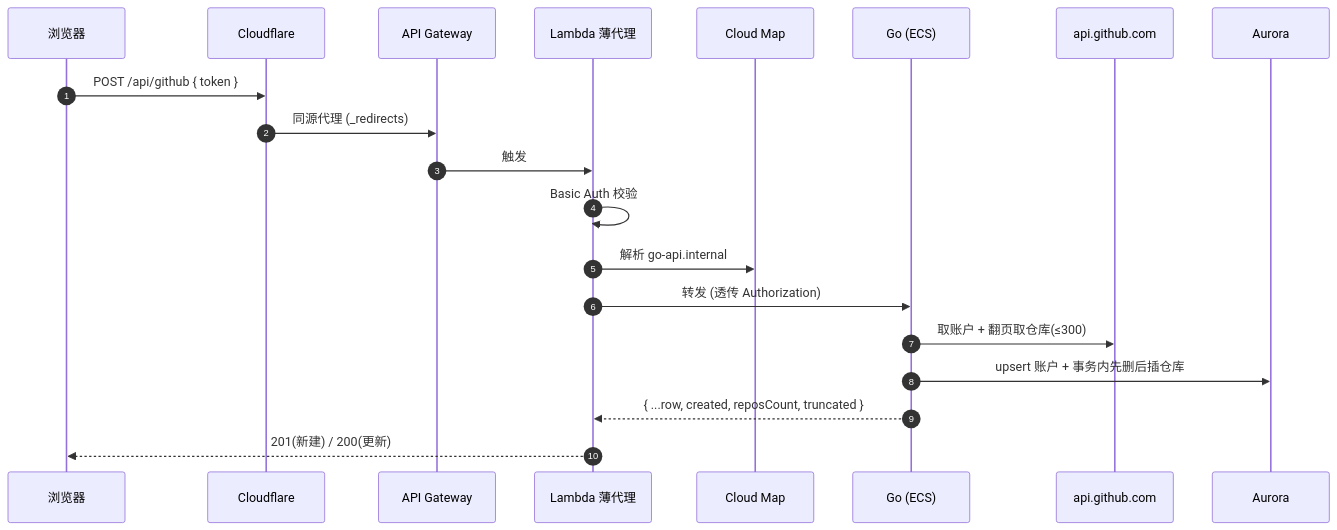
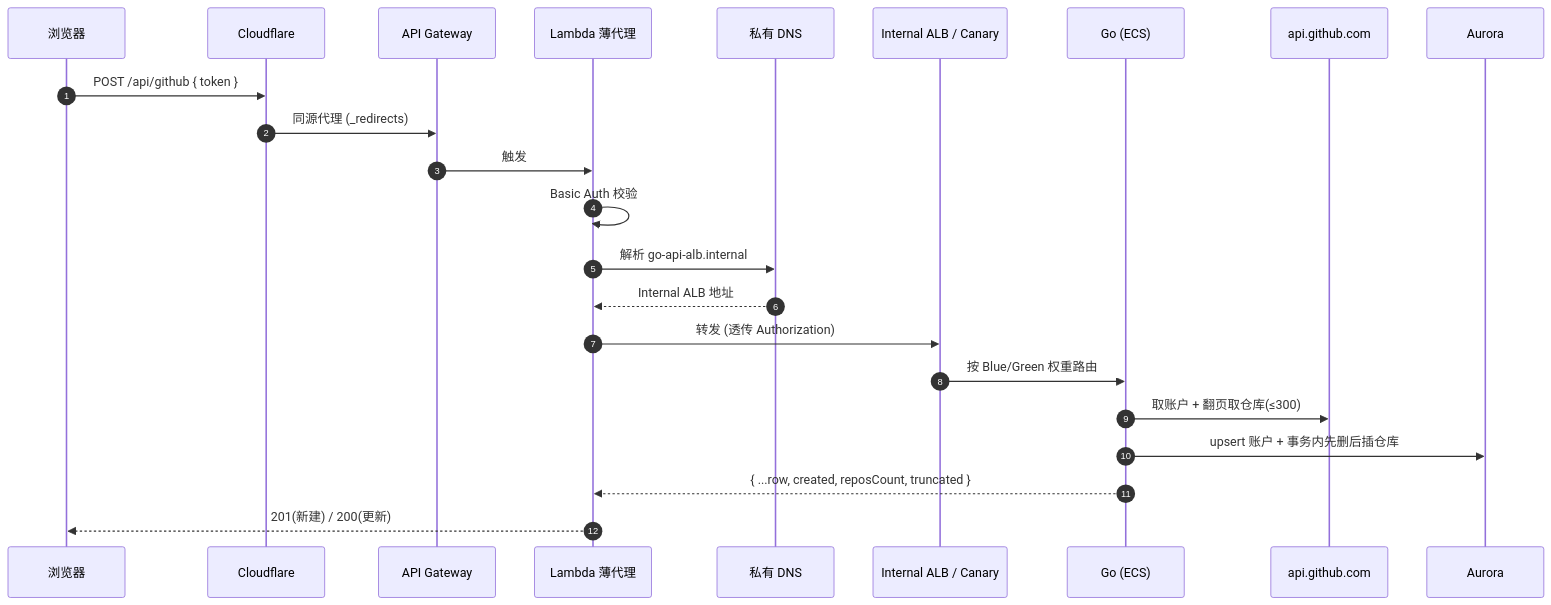
The fifth of 10 diagrams in docs/架构图.md (PrettyKing/github-repositories-fllow), drawn with Mermaid before and after one commit. The commit also changed other lines of this file and 17 other files, not shown here.

Commit message:
feat: add go ecs canary validation flow

````diff
--- a/docs/架构图.md
+++ b/docs/架构图.md
@@ -165,23 +206,26 @@
 ```mermaid
 sequenceDiagram
     autonumber
     participant U as 浏览器
     participant CF as Cloudflare
     participant GW as API Gateway
     participant L as Lambda 薄代理
-    participant CM as Cloud Map
+    participant DNS as 私有 DNS
+    participant ALB as Internal ALB / Canary
     participant Go as Go (ECS)
     participant GH as api.github.com
     participant DB as Aurora
 
     U->>CF: POST /api/github { token }
     CF->>GW: 同源代理 (_redirects)
     GW->>L: 触发
     L->>L: Basic Auth 校验
-    L->>CM: 解析 go-api.internal
-    L->>Go: 转发 (透传 Authorization)
+    L->>DNS: 解析 go-api-alb.internal
+    DNS-->>L: Internal ALB 地址
+    L->>ALB: 转发 (透传 Authorization)
+    ALB->>Go: 按 Blue/Green 权重路由
     Go->>GH: 取账户 + 翻页取仓库(≤300)
     Go->>DB: upsert 账户 + 事务内先删后插仓库
     Go-->>L: { ...row, created, reposCount, truncated }
     L-->>U: 201(新建) / 200(更新)
 ```
````
